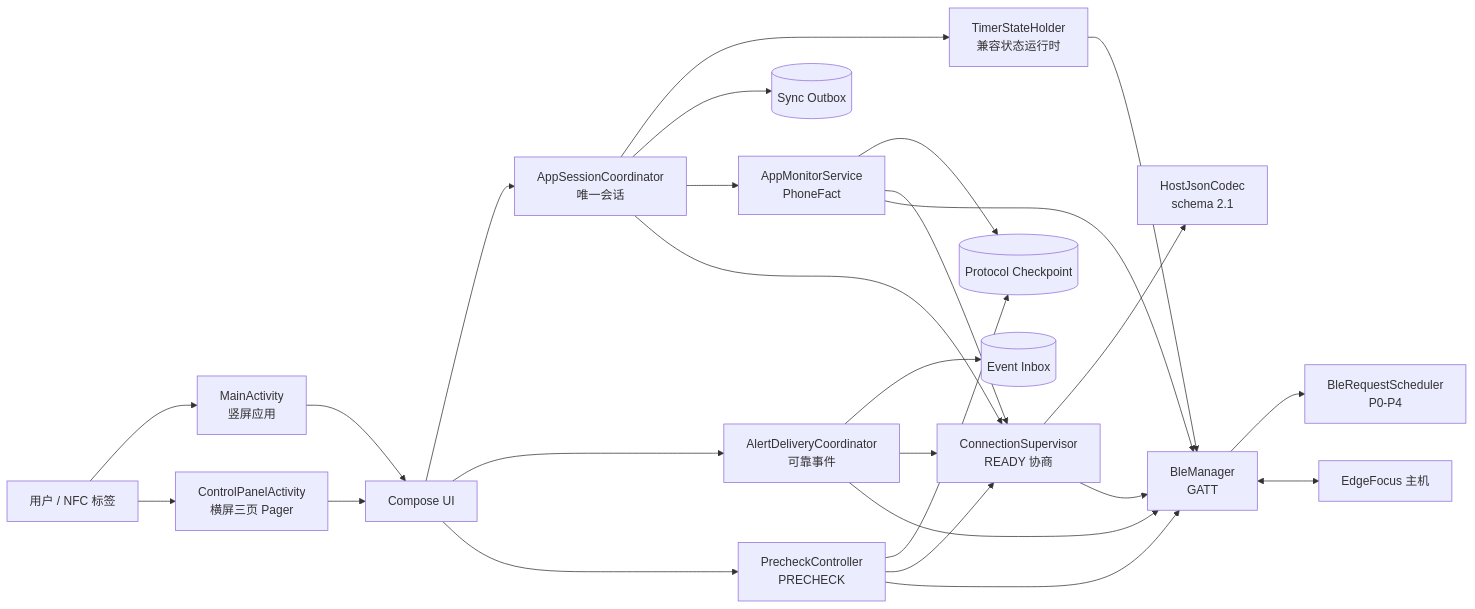
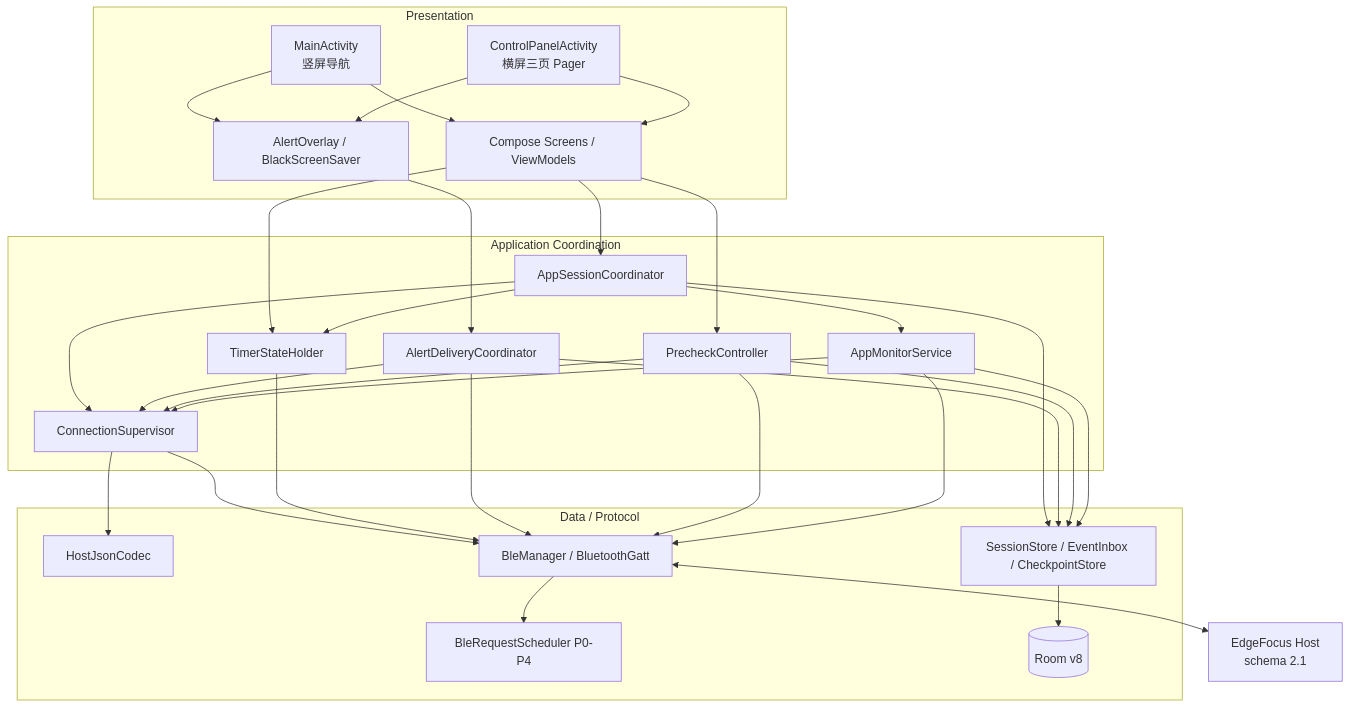
Before and after one commit to Azexx02/EdgeFocus: the diagram in docs/architecture/edgefocus-app-overview.mmd, drawn with Mermaid. The commit also changed 1 other file, not shown here.

Commit message:
Add focused architecture diagrams for the new app

```diff
--- a/docs/architecture/edgefocus-app-overview.mmd
+++ b/docs/architecture/edgefocus-app-overview.mmd
@@ -1,49 +1,55 @@
-flowchart LR
-    User["用户 / NFC 标签"]
-    Main["MainActivity<br/>竖屏应用"]
-    Panel["ControlPanelActivity<br/>横屏三页 Pager"]
-    UI["Compose UI"]
+flowchart TB
+    subgraph PRESENTATION["Presentation"]
+        MAIN["MainActivity<br/>竖屏导航"]
+        PANEL["ControlPanelActivity<br/>横屏三页 Pager"]
+        UI["Compose Screens / ViewModels"]
+        OVERLAY["AlertOverlay / BlackScreenSaver"]
+        MAIN --> UI
+        PANEL --> UI
+        MAIN --> OVERLAY
+        PANEL --> OVERLAY
+    end
 
-    Session["AppSessionCoordinator<br/>唯一会话"]
-    Timer["TimerStateHolder<br/>兼容状态运行时"]
-    Alert["AlertDeliveryCoordinator<br/>可靠事件"]
-    Precheck["PrecheckController<br/>PRECHECK"]
-    Monitor["AppMonitorService<br/>PhoneFact"]
+    subgraph APPLICATION["Application Coordination"]
+        SESSION["AppSessionCoordinator"]
+        TIMER["TimerStateHolder"]
+        ALERT["AlertDeliveryCoordinator"]
+        PRECHECK["PrecheckController"]
+        CONNECTION["ConnectionSupervisor"]
+        MONITOR["AppMonitorService"]
+    end
 
-    Supervisor["ConnectionSupervisor<br/>READY 协商"]
-    Codec["HostJsonCodec<br/>schema 2.1"]
-    Scheduler["BleRequestScheduler<br/>P0-P4"]
-    BLE["BleManager<br/>GATT"]
+    subgraph DATA["Data / Protocol"]
+        CODEC["HostJsonCodec"]
+        SCHEDULER["BleRequestScheduler P0-P4"]
+        BLE["BleManager / BluetoothGatt"]
+        STORES["SessionStore / EventInbox / CheckpointStore"]
+        ROOM[("Room v8")]
+    end
 
-    Inbox[("Event Inbox")]
-    Outbox[("Sync Outbox")]
-    Checkpoint[("Protocol Checkpoint")]
-    Host["EdgeFocus 主机"]
+    HOST["EdgeFocus Host<br/>schema 2.1"]
 
-    User --> Main
-    User --> Panel
-    Main --> UI
-    Panel --> UI
-    UI --> Session
-    UI --> Alert
-    UI --> Precheck
+    UI --> SESSION
+    UI --> TIMER
+    UI --> PRECHECK
+    OVERLAY --> ALERT
+    SESSION --> TIMER
+    SESSION --> MONITOR
+    SESSION --> STORES
+    ALERT --> STORES
+    PRECHECK --> STORES
+    MONITOR --> STORES
+    STORES --> ROOM
 
-    Session --> Timer
-    Session --> Outbox
-    Session --> Monitor
-    Alert --> Inbox
-    Monitor --> Checkpoint
-    Precheck --> Checkpoint
-
-    Session --> Supervisor
-    Alert --> Supervisor
-    Monitor --> Supervisor
-    Precheck --> Supervisor
-    Supervisor --> Codec
-    Supervisor --> BLE
-    Timer --> BLE
-    Alert --> BLE
-    Precheck --> BLE
-    Monitor --> BLE
-    BLE --> Scheduler
-    BLE <--> Host
+    SESSION --> CONNECTION
+    ALERT --> CONNECTION
+    PRECHECK --> CONNECTION
+    MONITOR --> CONNECTION
+    CONNECTION --> CODEC
+    CONNECTION --> BLE
+    TIMER --> BLE
+    ALERT --> BLE
+    PRECHECK --> BLE
+    MONITOR --> BLE
+    BLE --> SCHEDULER
+    BLE <--> HOST
```
